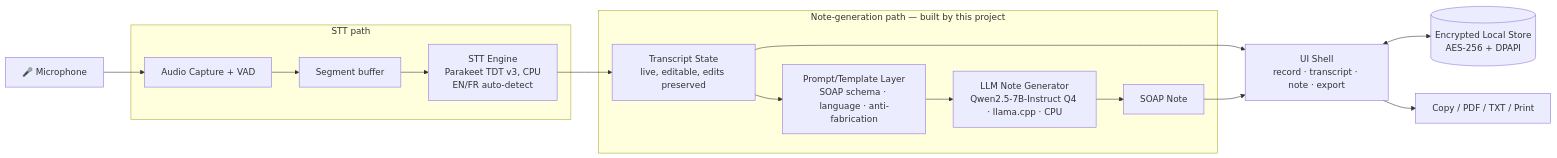
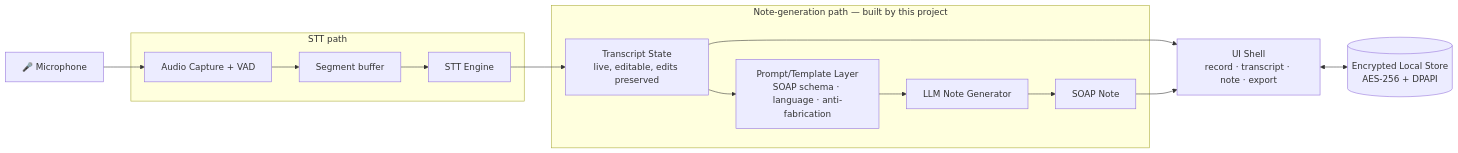
Before and after one commit to Vishnu373/asmart-medical-scribe: the second of 4 diagrams in design.md, drawn with Mermaid. The commit also changed other lines of this file, not shown here.

````diff
--- a/design.md
+++ b/design.md
@@ -191,22 +163,21 @@
 ```mermaid
 flowchart LR
     Mic[🎤 Microphone] --> Cap[Audio Capture + VAD]
 
     subgraph STT["STT path"]
         Cap --> Seg[Segment buffer]
-        Seg --> ASR[STT Engine<br/>Parakeet TDT v3, CPU<br/>EN/FR auto-detect]
+        Seg --> ASR[STT Engine]
     end
 
     ASR --> TStore[Transcript State<br/>live, editable, edits preserved]
 
     subgraph NoteGen["Note-generation path — built by this project"]
         TStore --> Prompt[Prompt/Template Layer<br/>SOAP schema · language · anti-fabrication]
-        Prompt --> LLM[LLM Note Generator<br/>Qwen2.5-7B-Instruct Q4 · llama.cpp · CPU]
+        Prompt --> LLM[LLM Note Generator]
         LLM --> Note[SOAP Note]
     end
 
     TStore --> UI
     Note --> UI[UI Shell<br/>record · transcript · note · export]
     UI <--> Persist[(Encrypted Local Store<br/>AES-256 + DPAPI)]
-    UI --> Export[Copy / PDF / TXT / Print]
 ```
````
